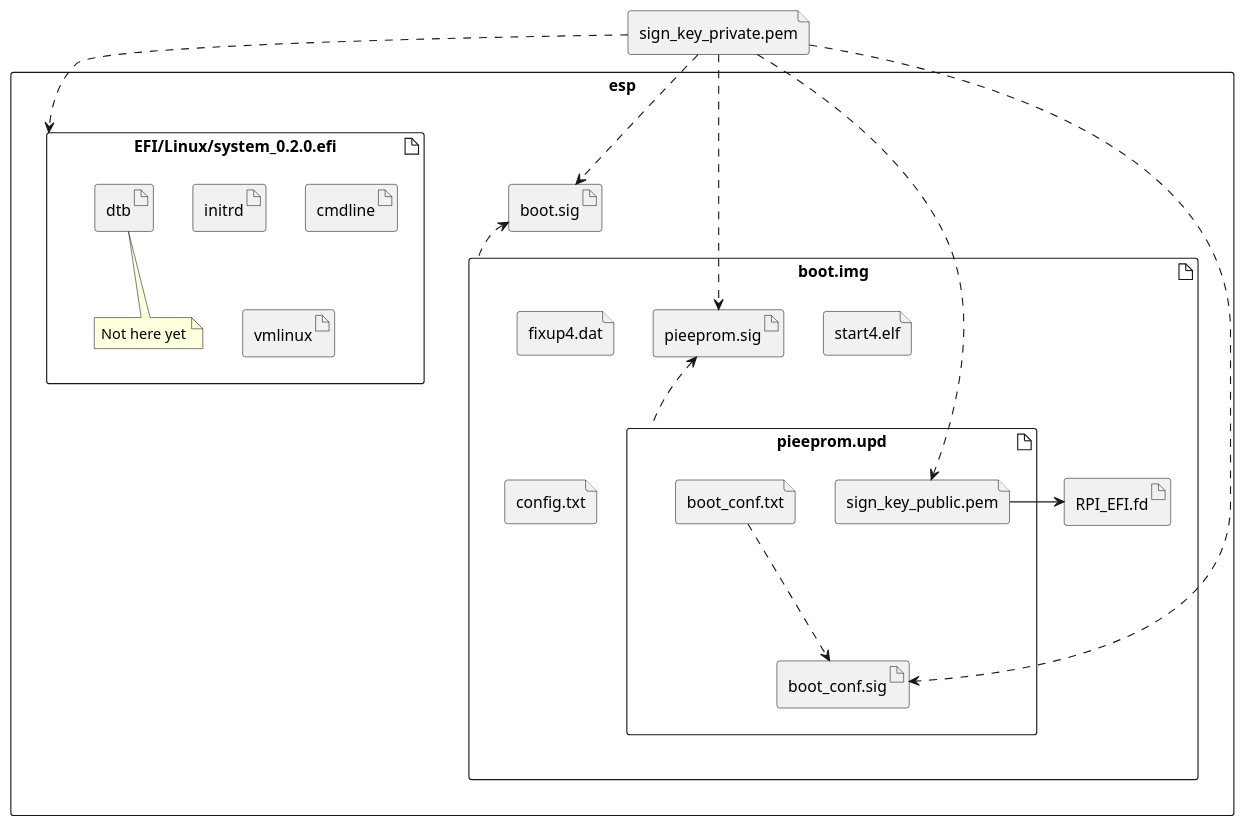
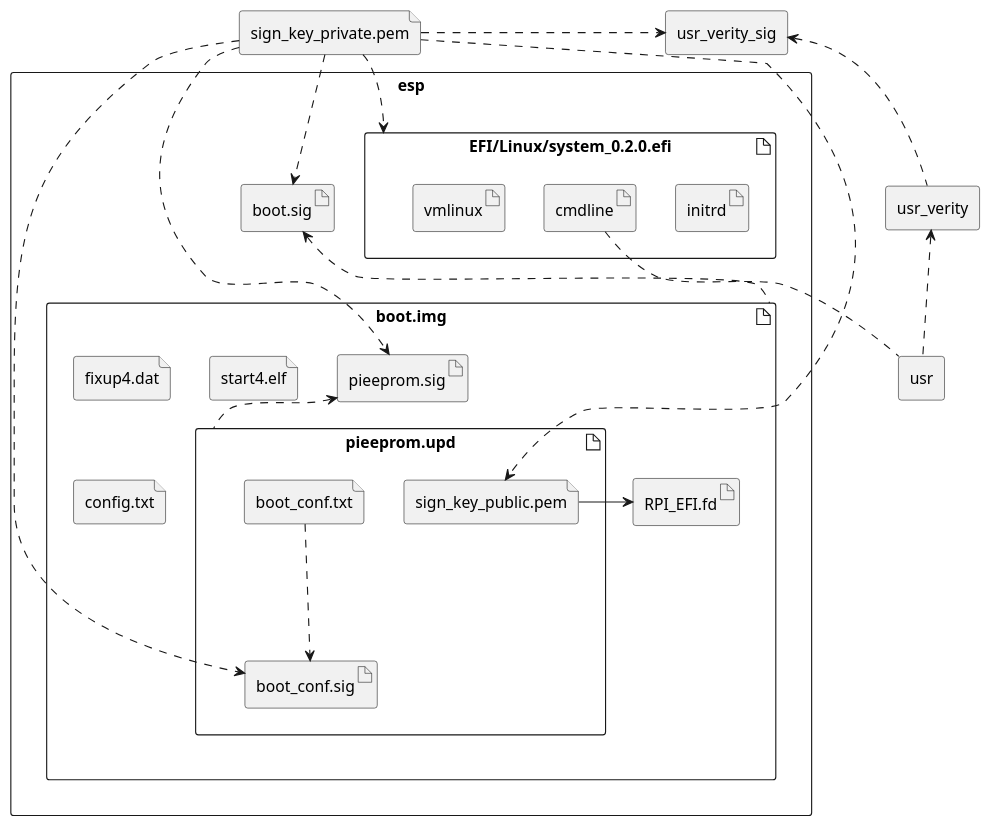
One commit to valtzu/rpi-mkosi changed the diagram in docs/plan.md. Above: the diagram before and after it, drawn with PlantUML.

Commit message:
Add verity to docs

````diff
--- a/docs/plan.md
+++ b/docs/plan.md
@@ -1,47 +1,52 @@
 ```plantuml
 
 
 file sign_key_private.pem
 
-
+rectangle usr {
+}
+rectangle usr_verity {
+}
+rectangle usr_verity_sig {
+}
 
 rectangle esp {
     artifact boot.img {
         file fixup4.dat
         file start4.elf
         file config.txt
         artifact RPI_EFI.fd {
         }
         artifact pieeprom.upd {
             file sign_key_public.pem
             file boot_conf.txt
             artifact boot_conf.sig
         }
         artifact pieeprom.sig {
         }
     }
     artifact boot.sig
     
     artifact "EFI/Linux/system_0.2.0.efi" as uki {
         artifact initrd
         artifact cmdline
         artifact vmlinux
-        artifact dtb
-        note bottom
-        Not here yet
-        end note
     }
 }
 
 sign_key_private.pem -.> sign_key_public.pem
 boot.img .up-> boot.sig
 sign_key_private.pem .> boot.sig
 
 boot_conf.txt -.-> boot_conf.sig
 pieeprom.upd -up.> pieeprom.sig
 sign_key_private.pem -.-> boot_conf.sig
 sign_key_private.pem -.-> pieeprom.sig
 sign_key_private.pem .-> uki
 sign_key_public.pem -> RPI_EFI.fd
+cmdline .. usr
+usr .up.> usr_verity
+usr_verity .up.> usr_verity_sig
+sign_key_private.pem .> usr_verity_sig
 
 ```
````
